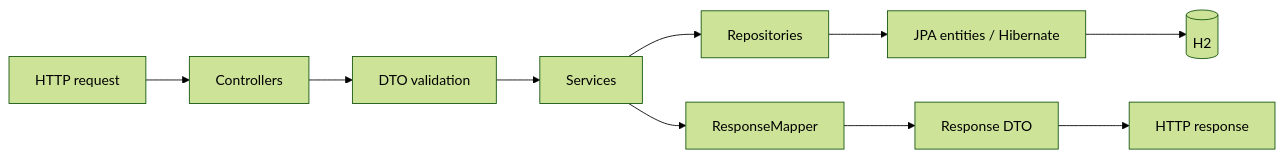
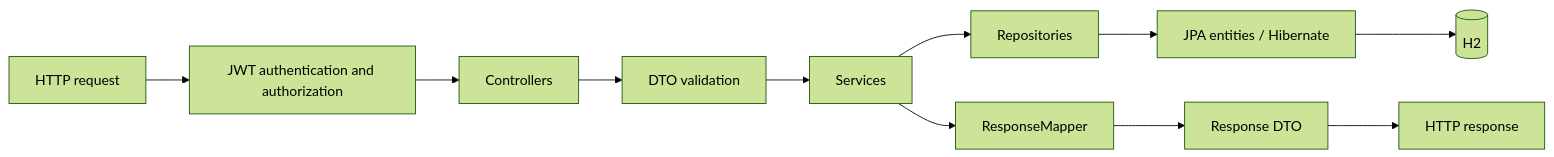
The third of 6 diagrams in docs/ARCHITECTURE.md (blnunes/sisdent), drawn with Mermaid (forest theme) before and after one commit. The commit also changed other lines of this file and 28 other files, not shown here.

Commit message:
feat: add JWT authentication and user permissions

````diff
--- a/docs/ARCHITECTURE.md
+++ b/docs/ARCHITECTURE.md
@@ -53,12 +53,13 @@
 ```mermaid
 flowchart LR
-    HTTP[HTTP request] --> C[Controllers]
+    HTTP[HTTP request] --> SEC[JWT authentication and authorization]
+    SEC --> C[Controllers]
     C --> V[DTO validation]
     V --> S[Services]
     S --> RP[Repositories]
     RP --> JPA[JPA entities / Hibernate]
     JPA --> DB[(H2)]
     S --> M[ResponseMapper]
     M --> DTO[Response DTO]
     DTO --> HTTPR[HTTP response]
 ```
````
